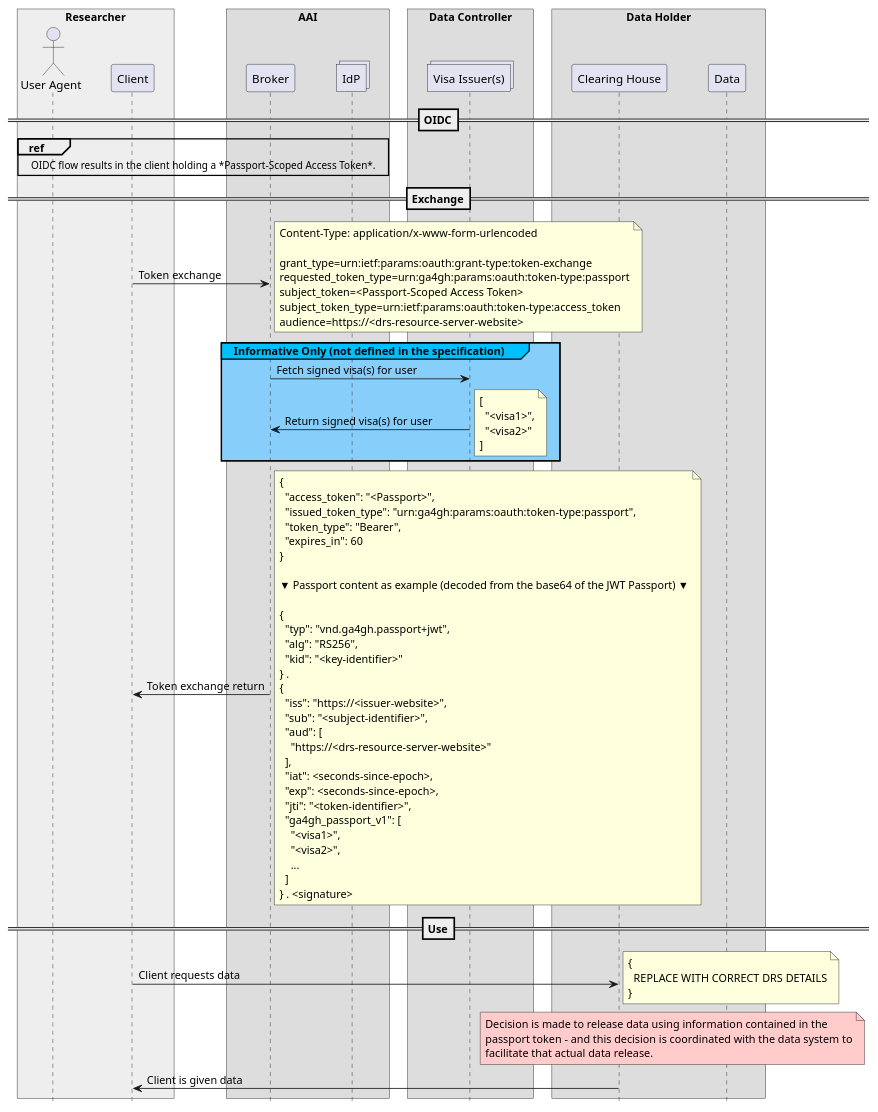
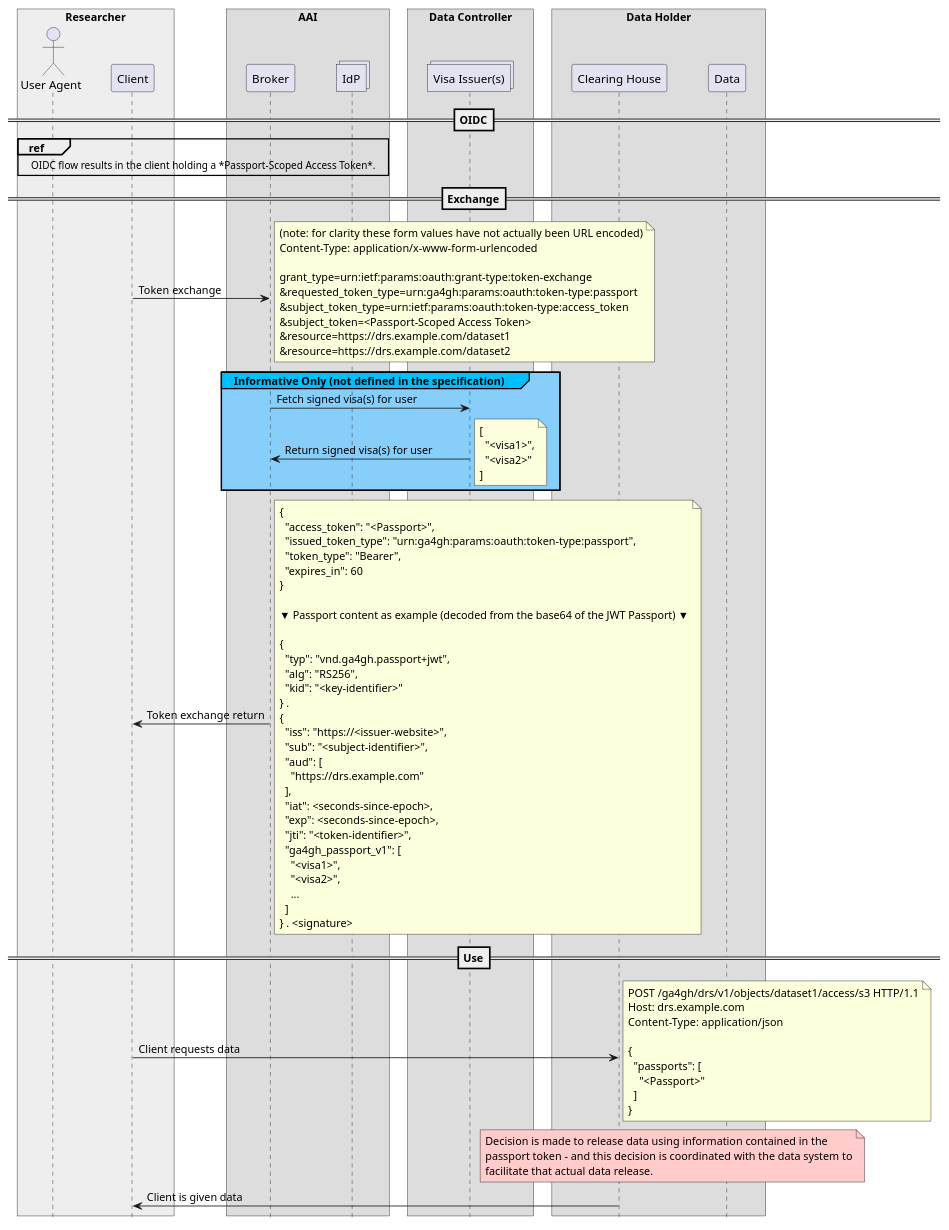
One commit to ga4gh/data-security changed the first of 3 diagrams in AAI/FAQ.md. Above: the diagram before and after it, drawn with PlantUML. The commit also changed other lines of this file, not shown here.

Commit message:
Added threat analysis diagram Applied max feedback on sequence diagrams

```diff
--- a/AAI/FAQ.md
+++ b/AAI/FAQ.md
@@ -61,13 +61,15 @@
 
 client -> broker : Token exchange
 note right
+(note: for clarity these form values have not actually been URL encoded)
 Content-Type: application/x-www-form-urlencoded
 
 grant_type=urn:ietf:params:oauth:grant-type:token-exchange
-requested_token_type=urn:ga4gh:params:oauth:token-type:passport
-subject_token=<Passport-Scoped Access Token>
-subject_token_type=urn:ietf:params:oauth:token-type:access_token
-audience=https://<drs-resource-server-website>
+&requested_token_type=urn:ga4gh:params:oauth:token-type:passport
+&subject_token_type=urn:ietf:params:oauth:token-type:access_token
+&subject_token=<Passport-Scoped Access Token>
+&resource=https://drs.example.com/dataset1
+&resource=https://drs.example.com/dataset2
 end note
 
 group#DeepSkyBlue #LightSkyBlue Informative Only (not defined in the specification)
@@ -101,7 +103,7 @@
   "iss": "https://<issuer-website>",
   "sub": "<subject-identifier>",
   "aud": [
-    "https://<drs-resource-server-website>"
+    "https://drs.example.com"
   ],
   "iat": <seconds-since-epoch>,
   "exp": <seconds-since-epoch>,
@@ -117,9 +119,15 @@
 ==Use==
 
 client -> clearing : Client requests data
-note right
+note right 
+POST /ga4gh/drs/v1/objects/dataset1/access/s3 HTTP/1.1
+Host: drs.example.com
+Content-Type: application/json
+
 {
-  REPLACE WITH CORRECT DRS DETAILS
+  "passports": [
+    "<Passport>"
+  ]
 }
 end note
 
```
